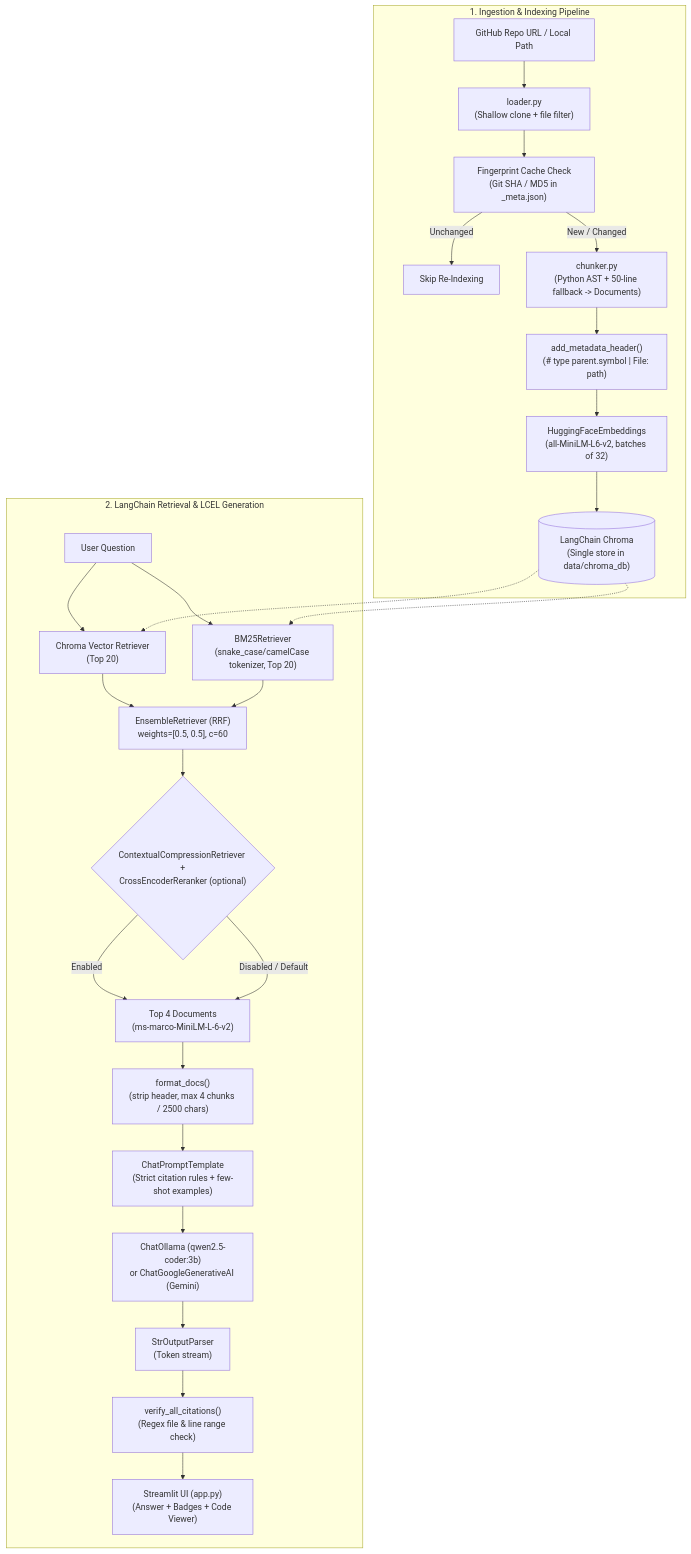
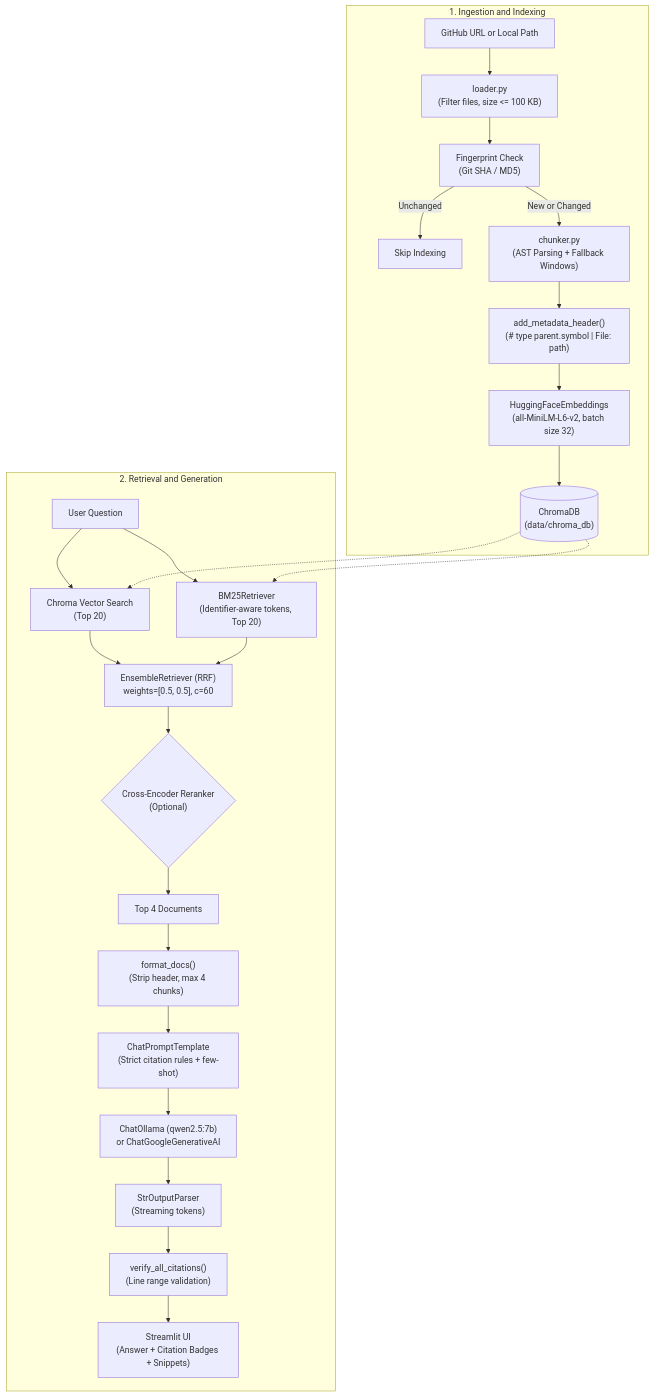
The diagram in README.md (MuhammedAshfaque/RepoGuide), drawn with Mermaid before and after one commit. The commit also changed other lines of this file and 12 other files, not shown here.

````diff
--- a/README.md
+++ b/README.md
@@ -33,30 +26,29 @@
 ```mermaid
 flowchart TD
-    subgraph Ingestion ["1. Ingestion & Indexing Pipeline"]
-        A["GitHub Repo URL / Local Path"] --> B["loader.py\n(Shallow clone + file filter)"]
-        B --> C["Fingerprint Cache Check\n(Git SHA / MD5 in _meta.json)"]
-        C -->|Unchanged| CACHE["Skip Re-Indexing"]
-        C -->|New / Changed| D["chunker.py\n(Python AST + 50-line fallback -> Documents)"]
+    subgraph Ingestion ["1. Ingestion and Indexing"]
+        A["GitHub URL or Local Path"] --> B["loader.py\n(Filter files, size <= 100 KB)"]
+        B --> C["Fingerprint Check\n(Git SHA / MD5)"]
+        C -->|Unchanged| CACHE["Skip Indexing"]
+        C -->|New or Changed| D["chunker.py\n(AST Parsing + Fallback Windows)"]
         D --> HDR["add_metadata_header()\n(# type parent.symbol | File: path)"]
-        HDR --> E["HuggingFaceEmbeddings\n(all-MiniLM-L6-v2, batches of 32)"]
-        E --> G[("LangChain Chroma\n(Single store in data/chroma_db)")]
+        HDR --> E["HuggingFaceEmbeddings\n(all-MiniLM-L6-v2, batch size 32)"]
+        E --> G[("ChromaDB\n(data/chroma_db)")]
     end
 
-    subgraph Query ["2. LangChain Retrieval & LCEL Generation"]
-        Q["User Question"] --> VEC["Chroma Vector Retriever\n(Top 20)"]
-        Q --> BM["BM25Retriever\n(snake_case/camelCase tokenizer, Top 20)"]
+    subgraph Query ["2. Retrieval and Generation"]
+        Q["User Question"] --> VEC["Chroma Vector Search\n(Top 20)"]
+        Q --> BM["BM25Retriever\n(Identifier-aware tokens, Top 20)"]
         G -.-> VEC
         G -.-> BM
         VEC --> RRF["EnsembleRetriever (RRF)\nweights=[0.5, 0.5], c=60"]
         BM --> RRF
-        RRF --> RERANK{"ContextualCompressionRetriever +\nCrossEncoderReranker (optional)"}
-        RERANK -->|Enabled| TOP["Top 4 Documents\n(ms-marco-MiniLM-L-6-v2)"]
-        RERANK -->|Disabled / Default| TOP
-        TOP --> FMT["format_docs()\n(strip header, max 4 chunks / 2500 chars)"]
-        FMT --> PROMPT["ChatPromptTemplate\n(Strict citation rules + few-shot examples)"]
-        PROMPT --> LLM["ChatOllama (qwen2.5-coder:3b)\nor ChatGoogleGenerativeAI (Gemini)"]
-        LLM --> PARSE["StrOutputParser\n(Token stream)"]
-        PARSE --> AUDIT["verify_all_citations()\n(Regex file & line range check)"]
-        AUDIT --> UI["Streamlit UI (app.py)\n(Answer + Badges + Code Viewer)"]
+        RRF --> RERANK{"Cross-Encoder Reranker\n(Optional)"}
+        RERANK --> TOP["Top 4 Documents"]
+        TOP --> FMT["format_docs()\n(Strip header, max 4 chunks)"]
+        FMT --> PROMPT["ChatPromptTemplate\n(Strict citation rules + few-shot)"]
+        PROMPT --> LLM["ChatOllama (qwen2.5:7b)\nor ChatGoogleGenerativeAI"]
+        LLM --> PARSE["StrOutputParser\n(Streaming tokens)"]
+        PARSE --> AUDIT["verify_all_citations()\n(Line range validation)"]
+        AUDIT --> UI["Streamlit UI\n(Answer + Citation Badges + Snippets)"]
     end
 ```
````
